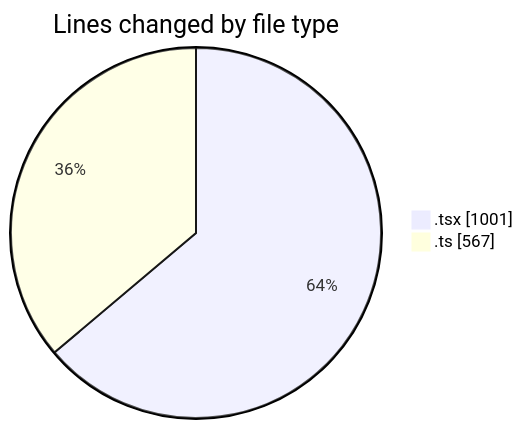
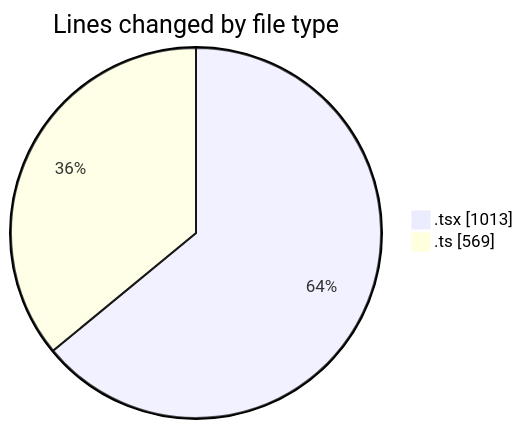
The first of 2 diagrams in 2025-07-11/cda/README.md (momahboobian/code-tracking), drawn with Mermaid before and after one commit. The commit also changed other lines of this file and 1 other file, not shown here.

Commit message:
Type: feat Scope: cda Brief summary: Added 275 lines of code and reduced the number of deleted lines by 386 in the Panel component. Also updated helperPanels.ts to add a new function and fixed a bug in AdminHelper.tsx.

````diff
--- a/2025-07-11/cda/README.md
+++ b/2025-07-11/cda/README.md
@@ -25,6 +25,6 @@
 ```mermaid
 pie showData
 title Lines changed by file type
-".tsx" : 1001
-".ts" : 567
+".tsx" : 1013
+".ts" : 569
 ```
````
